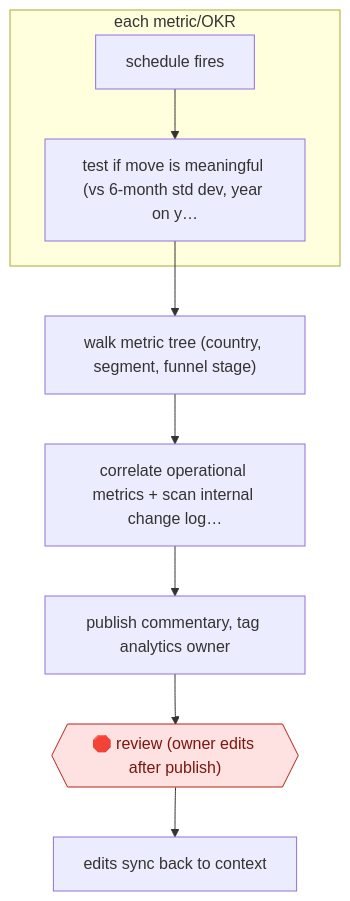
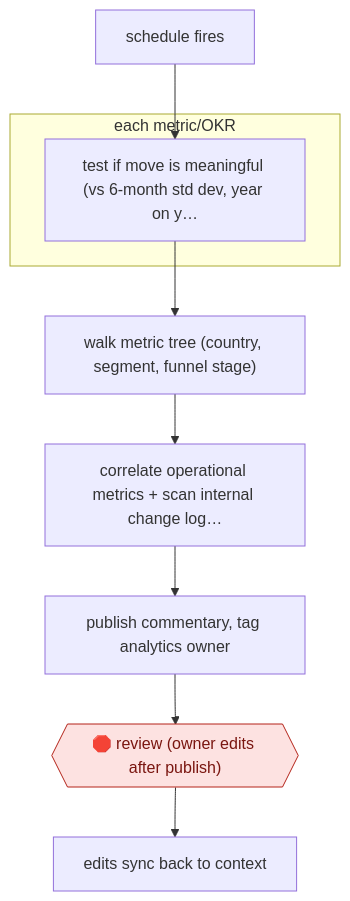
The diagram in workflows/TEC/DAT/ANALYTICS/scheduled-metric-commentary/README.md (milesradford99/agent-workflow-atlas), drawn with Mermaid before and after one commit. The commit also changed other lines of this file and 171 other files, not shown here.

````diff
--- a/workflows/TEC/DAT/ANALYTICS/scheduled-metric-commentary/README.md
+++ b/workflows/TEC/DAT/ANALYTICS/scheduled-metric-commentary/README.md
@@ -31,19 +31,19 @@
 ```mermaid
 flowchart TD
   n1["schedule fires"]
   subgraph s2["each metric/OKR"]
   n3["test if move is meaningful (vs 6-month std dev, year on y…"]
-  n1 --> n3
   end
   n4["walk metric tree (country, segment, funnel stage)"]
+  n5["correlate operational metrics + scan internal change log…"]
+  n6["publish commentary, tag analytics owner"]
+  n7{{"🛑 review (owner edits after publish)"}}:::stop
+  n8["edits sync back to context"]
+  n1 --> n3
   n3 --> n4
-  n5["correlate operational metrics + scan internal change log…"]
   n4 --> n5
-  n6["publish commentary, tag analytics owner"]
   n5 --> n6
-  n7{{"🛑 review (owner edits after publish)"}}:::stop
   n6 --> n7
-  n8["edits sync back to context"]
   n7 --> n8
   classDef stop fill:#fde2e1,stroke:#b42318,color:#7a1610
 ```
````
